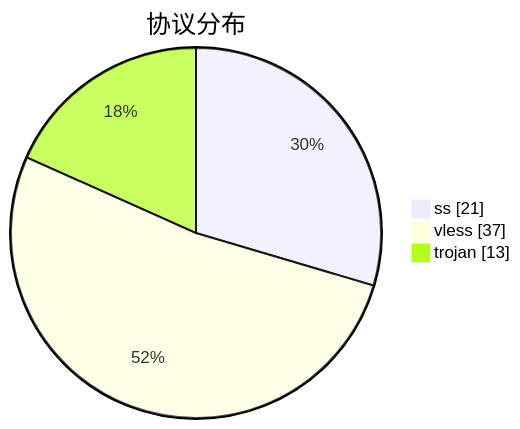
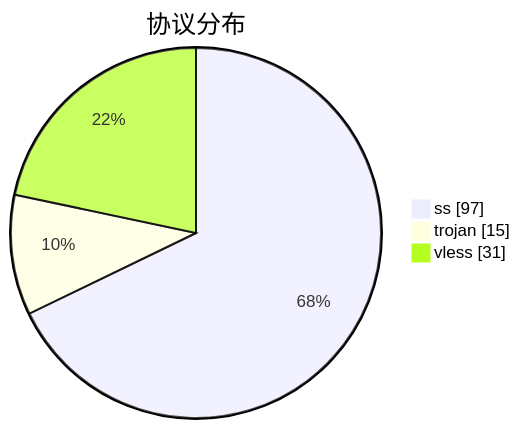
One commit to qjlxg/airport changed the third of 3 diagrams in subs/statistics/tested_within.md. Above: the diagram before and after it, drawn with Mermaid. The commit also changed other lines of this file and 2 other files, not shown here.

````diff
--- a/subs/statistics/tested_within.md
+++ b/subs/statistics/tested_within.md
@@ -25,7 +31,7 @@
 ```mermaid
 pie showData
 title 协议分布
-"ss" : 21
-"vless" : 37
-"trojan" : 13
+"ss" : 97
+"trojan" : 15
+"vless" : 31
 ```
````
